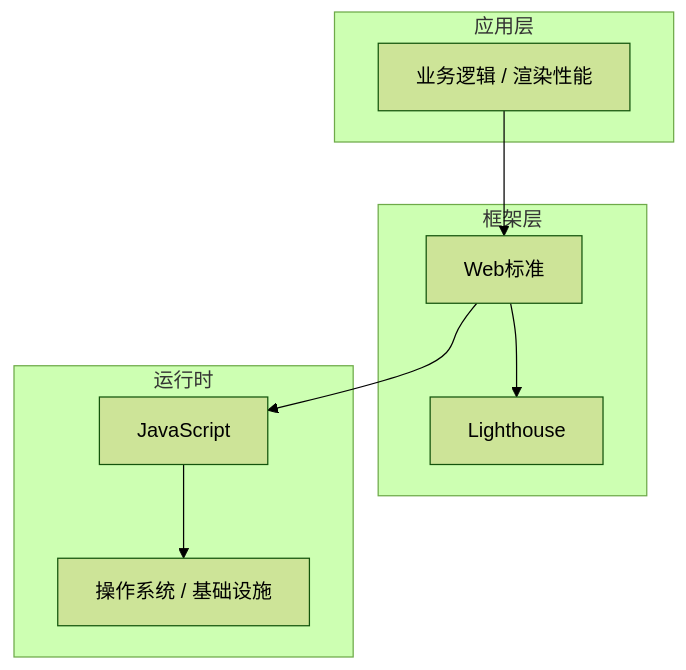
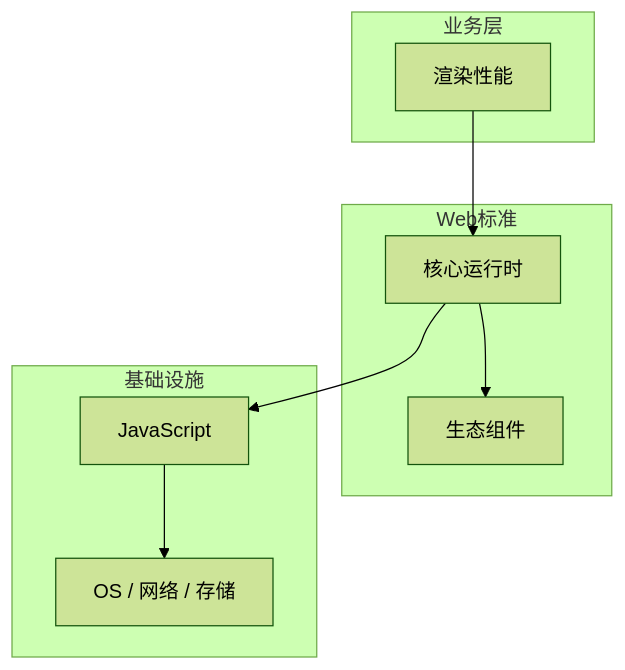
One commit to yanggan2015/knowledge-json-v2 changed the diagram in articles/Web性能优化/chapters/013-渲染性能核心概念与原理.md. Above: the diagram before and after it, drawn with Mermaid (forest theme). The commit also changed other lines of this file and 10127 other files, not shown here.

````diff
--- a/articles/Web性能优化/chapters/013-渲染性能核心概念与原理.md
+++ b/articles/Web性能优化/chapters/013-渲染性能核心概念与原理.md
@@ -45,18 +34,18 @@
 ```mermaid
 graph TB
-    subgraph 应用层
-        A[业务逻辑 / 渲染性能]
+    subgraph 业务层
+        A[渲染性能]
     end
-    subgraph 框架层
-        B[Web标准]
-        C[Lighthouse]
+    subgraph Web标准
+        B[核心运行时]
+        C[生态组件]
     end
-    subgraph 运行时
+    subgraph 基础设施
         D[JavaScript]
-        E[操作系统 / 基础设施]
+        E[OS / 网络 / 存储]
     end
     A --> B
     B --> C
     B --> D
     D --> E
 ```
````
